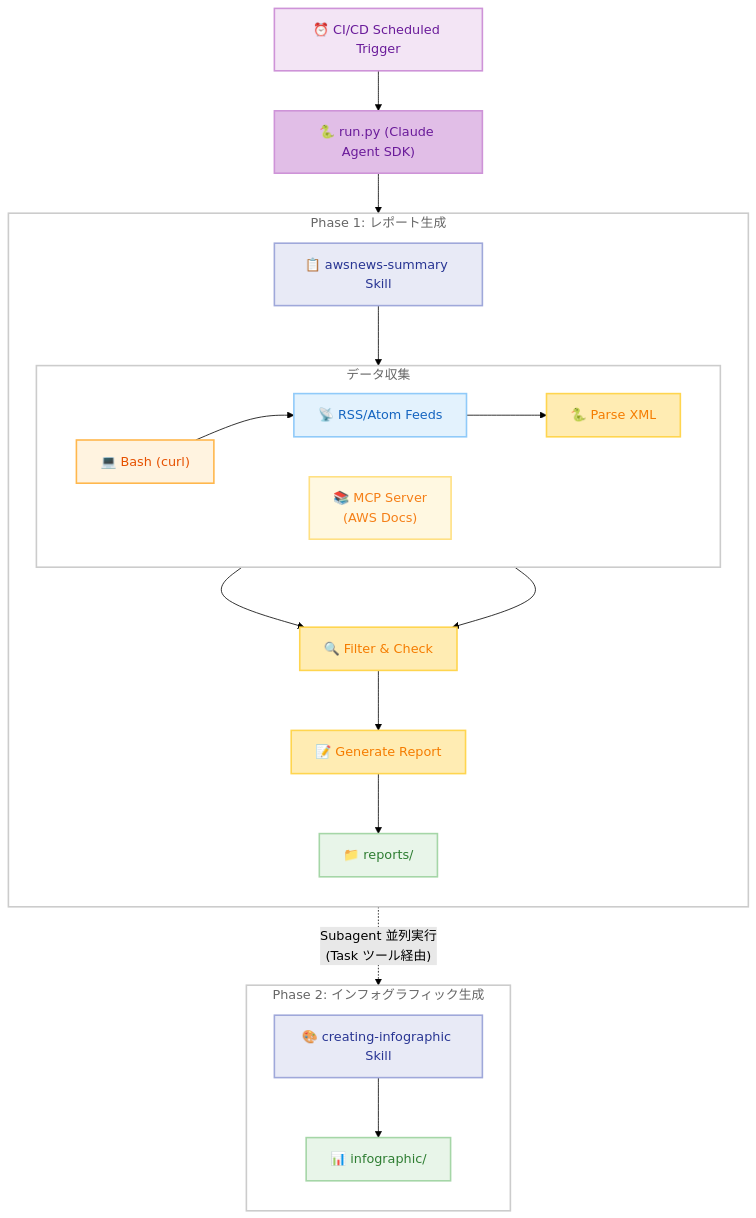
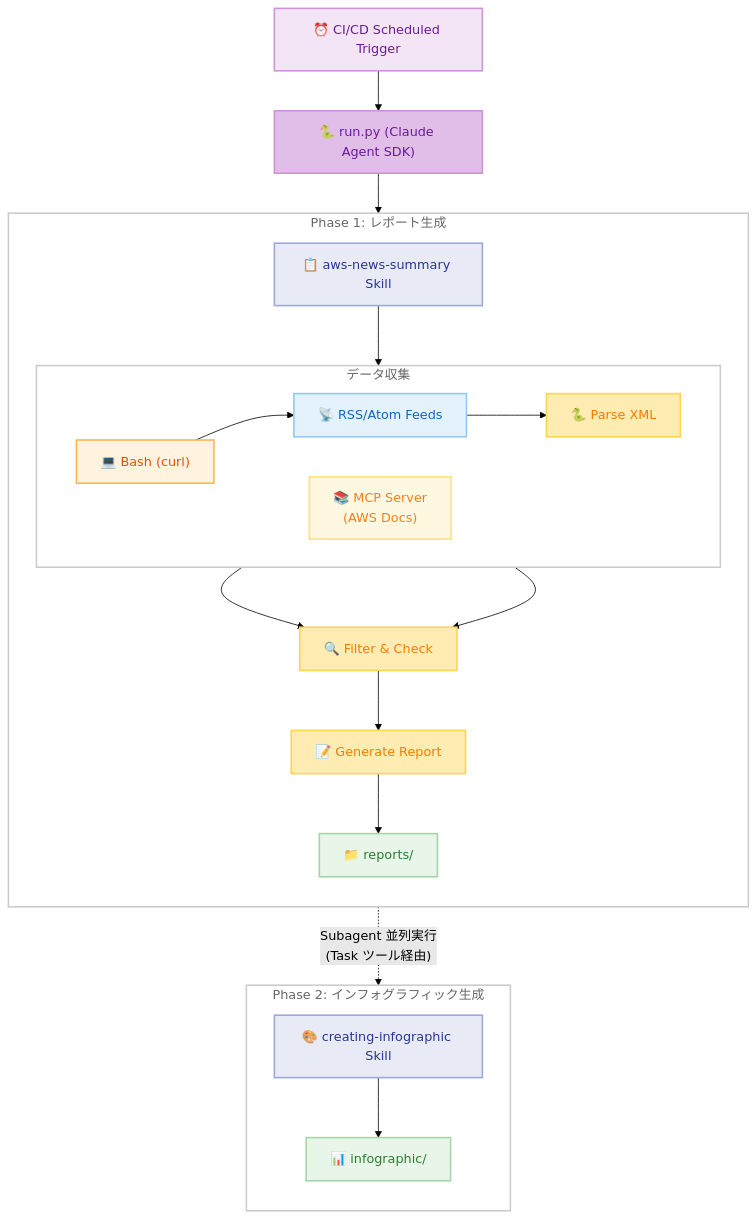
The first of 4 diagrams in README.md (takech9203/awsnews-summary), drawn with Mermaid (forest theme) before and after one commit. The commit also changed other lines of this file and 17 other files, not shown here.

First line of the commit message:
refactor: rename skill directory from awsnews-summary to aws-news-summary

````diff
--- a/README.md
+++ b/README.md
@@ -32,62 +32,62 @@
 ```mermaid
 flowchart TD
     Trigger["⏰ CI/CD Scheduled Trigger"]
     SDK["🐍 run.py (Claude Agent SDK)"]
 
     Trigger --> SDK
 
     subgraph Phase1["Phase 1: レポート生成"]
         direction TB
-        Skill["📋 awsnews-summary Skill"]
+        Skill["📋 aws-news-summary Skill"]
 
         subgraph Collect["データ収集"]
             direction LR
             Bash["💻 Bash (curl)"]
             Feeds["📡 RSS/Atom Feeds"]
             Parse["🐍 Parse XML"]
             MCP["📚 MCP Server<br/>(AWS Docs)"]
             Bash --> Feeds --> Parse
             Bash ~~~ MCP
         end
 
         Filter["🔍 Filter & Check"]
         Generate["📝 Generate Report"]
         Reports["📁 reports/"]
 
         Skill --> Collect
         Parse --> Filter
         MCP --> Filter
         Filter --> Generate
         Generate --> Reports
     end
 
     subgraph Phase2["Phase 2: インフォグラフィック生成"]
         direction TB
         InfSkill["🎨 creating-infographic Skill"]
         Infographic["📊 infographic/"]
         InfSkill --> Infographic
     end
 
     SDK --> Phase1
     Reports -.->|"Subagent 並列実行<br/>(Task ツール経由)"| Phase2
 
     classDef ci fill:#F3E5F5,stroke:#CE93D8,stroke-width:2px,color:#6A1B9A
     classDef sdk fill:#E1BEE7,stroke:#CE93D8,stroke-width:2px,color:#6A1B9A
     classDef agent fill:#E8EAF6,stroke:#9FA8DA,stroke-width:2px,color:#283593
     classDef bash fill:#FFF3E0,stroke:#FFB74D,stroke-width:2px,color:#E65100
     classDef sources fill:#E3F2FD,stroke:#90CAF9,stroke-width:2px,color:#1565C0
     classDef mcp fill:#FFF8E1,stroke:#FFE082,stroke-width:2px,color:#F57F17
     classDef process fill:#FFECB3,stroke:#FFD54F,stroke-width:2px,color:#F57C00
     classDef output fill:#E8F5E9,stroke:#A5D6A7,stroke-width:2px,color:#2E7D32
     classDef frame fill:none,stroke:#CCCCCC,stroke-width:2px,color:#666666
 
     class Trigger ci
     class SDK sdk
     class Skill,InfSkill agent
     class Bash bash
     class Feeds sources
     class MCP mcp
     class Parse,Filter,Generate process
     class Reports,Infographic output
     class Phase1,Phase2,Collect frame
 ```
````
